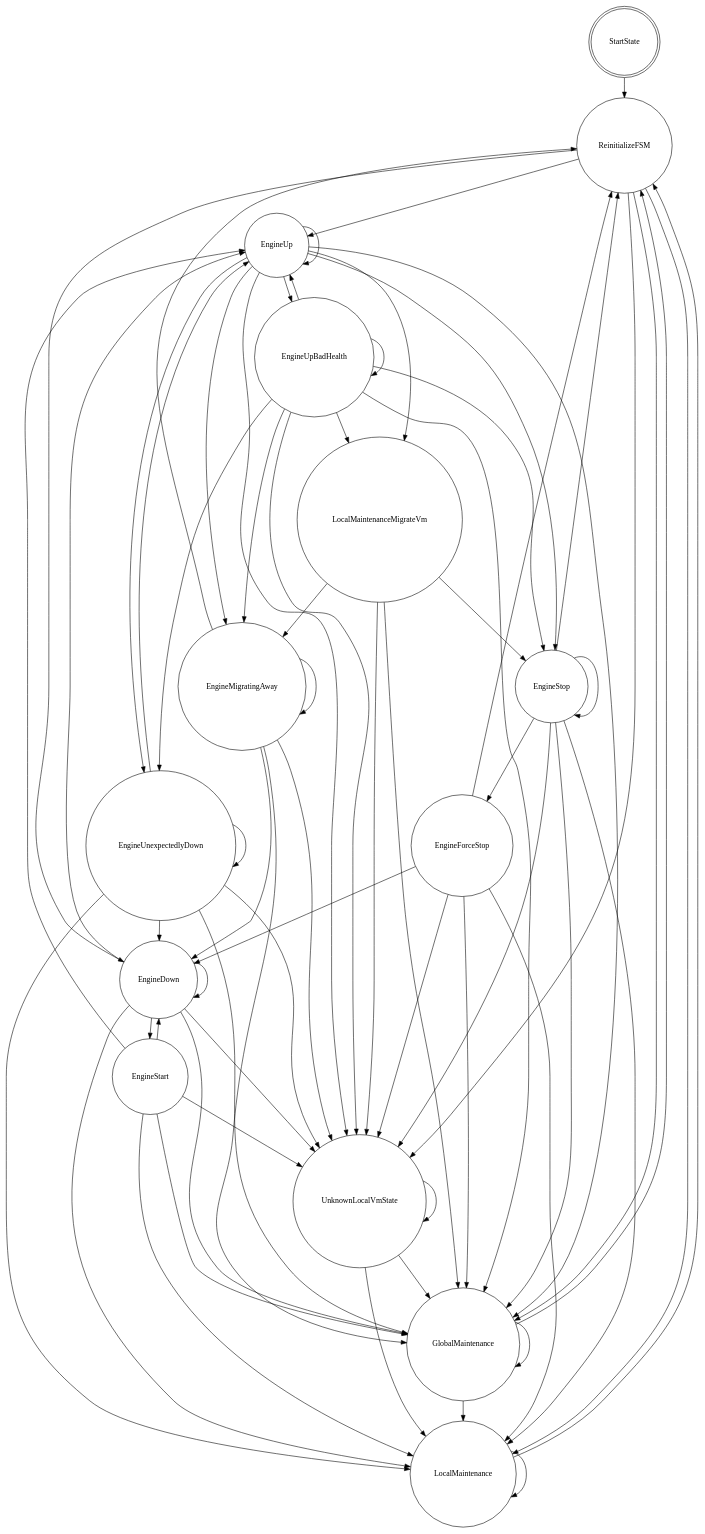
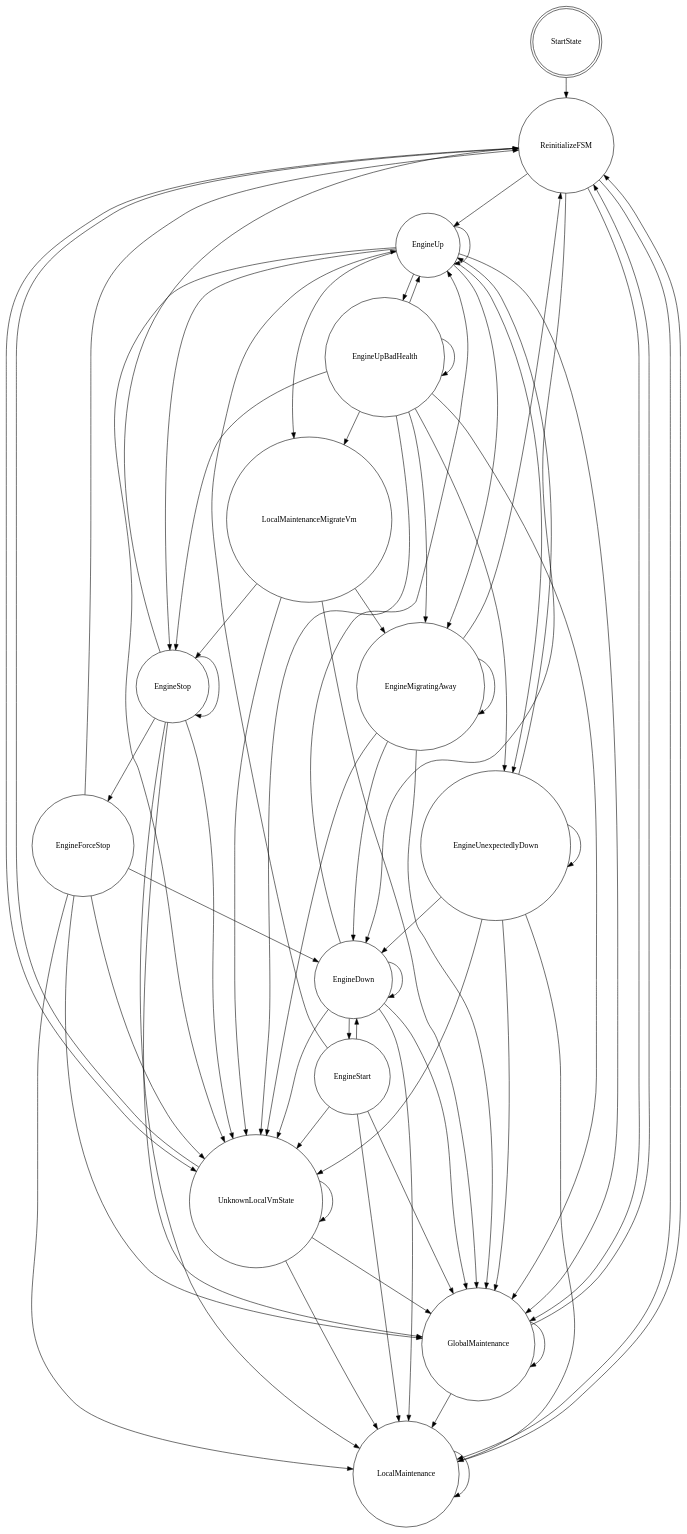
Before and after one commit to oVirt/ovirt-hosted-engine-ha: the diagram in doc/agent-fsm.gv, drawn with Graphviz. The commit also changed 10 other files, not shown here.

First line of the commit message:
Add nice interactive html representation of the agent's state machine

```diff
--- a/doc/agent-fsm.gv
+++ b/doc/agent-fsm.gv
@@ -1,114 +1,115 @@
-//  <module 'ovirt_hosted_engine_ha.agent.state_machine' from '/home/msivak/Work/ovirt-hosted-engine-ha/ovirt_hosted_engine_ha/agent/state_machine.pyc'>
+//  <module 'ovirt_hosted_engine_ha.agent.state_machine' from '/home/msivak/Work/ovirt-hosted-engine-ha/ovirt_hosted_engine_ha/agent/state_machine.py'>
 //  <class 'ovirt_hosted_engine_ha.lib.fsm.machine.BaseFSM'>
 // skip
 //  <class 'ovirt_hosted_engine_ha.lib.fsm.machine.BaseState'>
 //  <class 'ovirt_hosted_engine_ha.agent.state_machine.EngineStateMachine'>
 // skip
 //  <class 'ovirt_hosted_engine_ha.agent.state_data.HostedEngineData'>
 // skip
 //  <class 'ovirt_hosted_engine_ha.agent.states.ReinitializeFSM'>
 //  <class 'ovirt_hosted_engine_ha.agent.state_machine.StartState'>
 //  <class 'ovirt_hosted_engine_ha.agent.state_data.StatsData'>
 // skip
-//  <module 'ovirt_hosted_engine_ha.agent.states' from '/home/msivak/Work/ovirt-hosted-engine-ha/ovirt_hosted_engine_ha/agent/states.pyc'>
+//  <module 'ovirt_hosted_engine_ha.agent.states' from '/home/msivak/Work/ovirt-hosted-engine-ha/ovirt_hosted_engine_ha/agent/states.py'>
 //  <class 'ovirt_hosted_engine_ha.lib.fsm.machine.BaseFSM'>
 // skip
 //  <class 'ovirt_hosted_engine_ha.lib.fsm.machine.BaseState'>
 //  <class 'ovirt_hosted_engine_ha.agent.states.EngineDown'>
 //  <class 'ovirt_hosted_engine_ha.agent.states.EngineForceStop'>
 //  <class 'ovirt_hosted_engine_ha.agent.states.EngineMigratingAway'>
 //  <class 'ovirt_hosted_engine_ha.agent.states.EngineStart'>
 //  <class 'ovirt_hosted_engine_ha.agent.states.EngineState'>
 //  <class 'ovirt_hosted_engine_ha.agent.states.EngineStop'>
 //  <class 'ovirt_hosted_engine_ha.agent.states.EngineUnexpectedlyDown'>
 //  <class 'ovirt_hosted_engine_ha.agent.states.EngineUp'>
 //  <class 'ovirt_hosted_engine_ha.agent.states.EngineUpBadHealth'>
 // copy rule EngineUp -> EngineUpBadHealth
 //  <class 'ovirt_hosted_engine_ha.agent.states.GlobalMaintenance'>
 //  <class 'ovirt_hosted_engine_ha.agent.states.LocalMaintenance'>
 //  <class 'ovirt_hosted_engine_ha.agent.states.LocalMaintenanceMigrateVm'>
 //  <class 'ovirt_hosted_engine_ha.agent.states.ReinitializeFSM'>
 //  <class 'ovirt_hosted_engine_ha.agent.states.UnknownLocalVmState'>
 /**
  * This file contains the source for a graphviz FSM diagram of the HA agent
  * state machine.  To create an image, fsm.png in this case, run the following:
  *
  *   dot agent-fsm.gv -Tpng -o fsm.png
  *
  * A copy of the latest diagram should be available at:
  *
  *   http://www.ovirt.org/Features/Self_Hosted_Engine#Agent_State_Diagram
  */
 
 digraph finite_state_machine {
 ranksep = 0.5;
 node [shape = doublecircle]; StartState;
 node [shape = circle]; EngineMigratingAway LocalMaintenanceMigrateVm EngineStop EngineStart ReinitializeFSM GlobalMaintenance UnknownLocalVmState EngineUp EngineDown LocalMaintenance EngineUpBadHealth EngineUnexpectedlyDown EngineForceStop ;
 EngineMigratingAway -> EngineMigratingAway [ label = "" ];
 EngineMigratingAway -> EngineDown [ label = "" ];
 EngineMigratingAway -> GlobalMaintenance [ label = "" ];
 EngineMigratingAway -> UnknownLocalVmState [ label = "" ];
 EngineMigratingAway -> ReinitializeFSM [ label = "" ];
 LocalMaintenanceMigrateVm -> EngineStop [ label = "" ];
 LocalMaintenanceMigrateVm -> GlobalMaintenance [ label = "" ];
 LocalMaintenanceMigrateVm -> UnknownLocalVmState [ label = "" ];
 LocalMaintenanceMigrateVm -> EngineMigratingAway [ label = "" ];
 EngineStop -> EngineStop [ label = "" ];
 EngineStop -> ReinitializeFSM [ label = "" ];
 EngineStop -> GlobalMaintenance [ label = "" ];
 EngineStop -> UnknownLocalVmState [ label = "" ];
 EngineStop -> LocalMaintenance [ label = "" ];
 EngineStop -> EngineForceStop [ label = "" ];
 EngineStart -> EngineDown [ label = "" ];
 EngineStart -> GlobalMaintenance [ label = "" ];
 EngineStart -> UnknownLocalVmState [ label = "" ];
 EngineStart -> EngineUp [ label = "" ];
 EngineStart -> LocalMaintenance [ label = "" ];
 ReinitializeFSM -> EngineDown [ label = "" ];
 ReinitializeFSM -> GlobalMaintenance [ label = "" ];
 ReinitializeFSM -> UnknownLocalVmState [ label = "" ];
 ReinitializeFSM -> EngineUp [ label = "" ];
 ReinitializeFSM -> LocalMaintenance [ label = "" ];
 GlobalMaintenance -> ReinitializeFSM [ label = "" ];
 GlobalMaintenance -> GlobalMaintenance [ label = "" ];
 GlobalMaintenance -> LocalMaintenance [ label = "" ];
+UnknownLocalVmState -> ReinitializeFSM [ label = "" ];
 UnknownLocalVmState -> GlobalMaintenance [ label = "" ];
 UnknownLocalVmState -> UnknownLocalVmState [ label = "" ];
 UnknownLocalVmState -> LocalMaintenance [ label = "" ];
 EngineUp -> EngineMigratingAway [ label = "" ];
 EngineUp -> GlobalMaintenance [ label = "" ];
 EngineUp -> EngineUnexpectedlyDown [ label = "" ];
 EngineUp -> LocalMaintenanceMigrateVm [ label = "" ];
 EngineUp -> UnknownLocalVmState [ label = "" ];
 EngineUp -> EngineUp [ label = "" ];
 EngineUp -> EngineUpBadHealth [ label = "" ];
 EngineUp -> EngineStop [ label = "" ];
 StartState -> ReinitializeFSM [ label = "" ];
 EngineDown -> EngineStart [ label = "" ];
 EngineDown -> GlobalMaintenance [ label = "" ];
 EngineDown -> UnknownLocalVmState [ label = "" ];
 EngineDown -> EngineUp [ label = "" ];
 EngineDown -> EngineDown [ label = "" ];
 EngineDown -> LocalMaintenance [ label = "" ];
 LocalMaintenance -> ReinitializeFSM [ label = "" ];
 LocalMaintenance -> LocalMaintenance [ label = "" ];
 EngineUpBadHealth -> EngineMigratingAway [ label = "" ];
 EngineUpBadHealth -> LocalMaintenanceMigrateVm [ label = "" ];
 EngineUpBadHealth -> EngineStop [ label = "" ];
 EngineUpBadHealth -> GlobalMaintenance [ label = "" ];
 EngineUpBadHealth -> UnknownLocalVmState [ label = "" ];
 EngineUpBadHealth -> EngineUp [ label = "" ];
 EngineUpBadHealth -> EngineUpBadHealth [ label = "" ];
 EngineUpBadHealth -> EngineUnexpectedlyDown [ label = "" ];
 EngineUnexpectedlyDown -> EngineUnexpectedlyDown [ label = "" ];
 EngineUnexpectedlyDown -> GlobalMaintenance [ label = "" ];
 EngineUnexpectedlyDown -> UnknownLocalVmState [ label = "" ];
 EngineUnexpectedlyDown -> EngineUp [ label = "" ];
 EngineUnexpectedlyDown -> EngineDown [ label = "" ];
 EngineUnexpectedlyDown -> LocalMaintenance [ label = "" ];
 EngineForceStop -> EngineDown [ label = "" ];
 EngineForceStop -> ReinitializeFSM [ label = "" ];
 EngineForceStop -> GlobalMaintenance [ label = "" ];
 EngineForceStop -> UnknownLocalVmState [ label = "" ];
 EngineForceStop -> LocalMaintenance [ label = "" ];
 }
```
